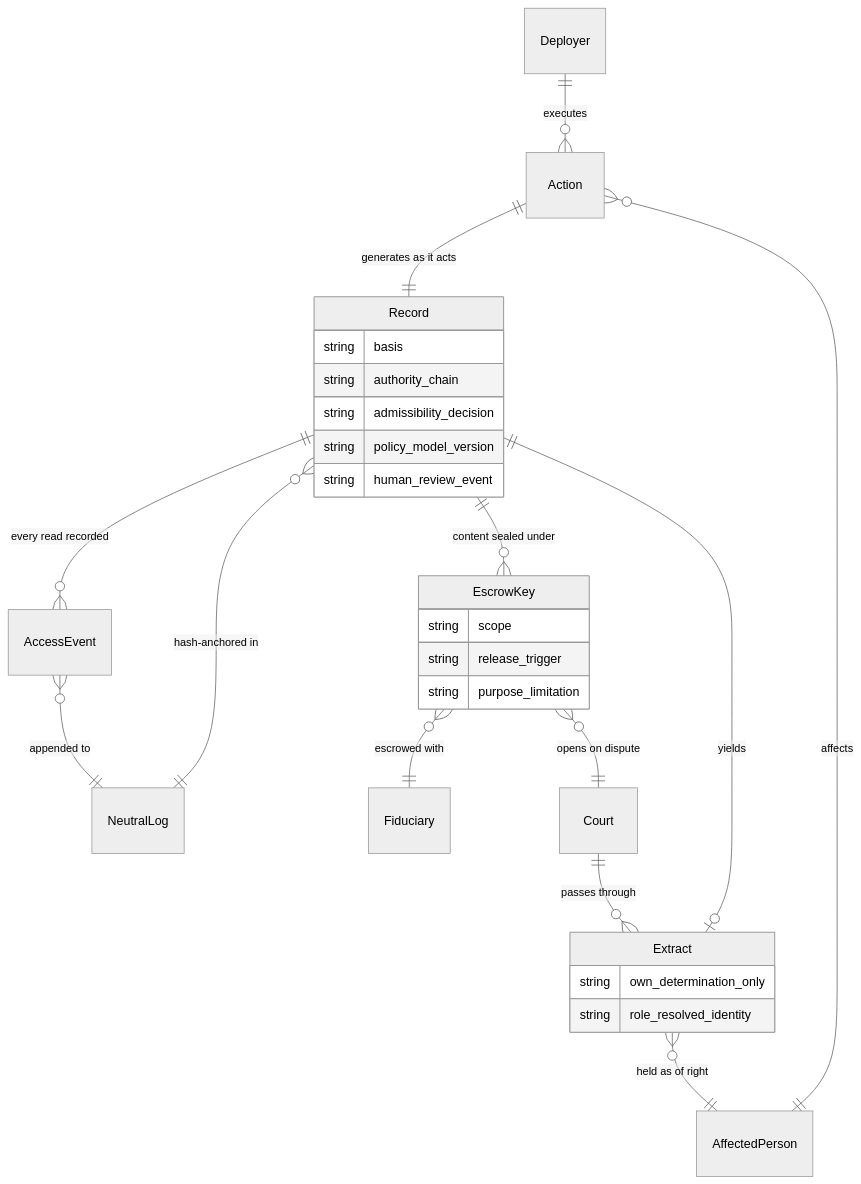
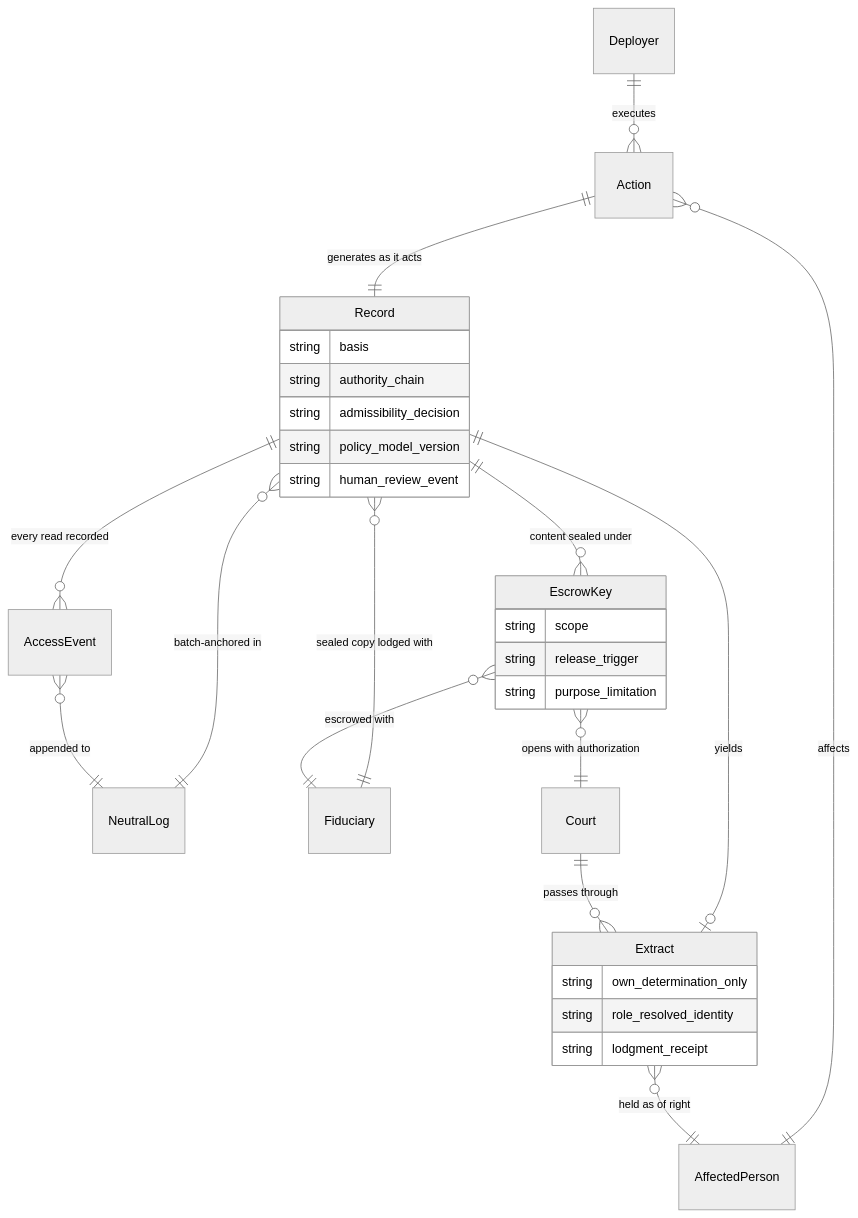
The diagram in docs/wip/split-custody-per-action-records.md (robertschaub/our-ai-charter), drawn with Mermaid (neutral theme) before and after one commit. The commit also changed other lines of this file and 1 other file, not shown here.

````diff
--- a/docs/wip/split-custody-per-action-records.md
+++ b/docs/wip/split-custody-per-action-records.md
@@ -32,32 +33,34 @@
 ```mermaid
 erDiagram
   Deployer ||--o{ Action : "executes"
   Action }o--|| AffectedPerson : "affects"
   Action ||--|| Record : "generates as it acts"
-  Record }o--|| NeutralLog : "hash-anchored in"
+  Record }o--|| NeutralLog : "batch-anchored in"
+  Record }o--|| Fiduciary : "sealed copy lodged with"
   Record ||--o| Extract : "yields"
   Extract }o--|| AffectedPerson : "held as of right"
   Record ||--o{ EscrowKey : "content sealed under"
   EscrowKey }o--|| Fiduciary : "escrowed with"
-  EscrowKey }o--|| Court : "opens on dispute"
+  EscrowKey }o--|| Court : "opens with authorization"
   Court ||--o{ Extract : "passes through"
   Record ||--o{ AccessEvent : "every read recorded"
   AccessEvent }o--|| NeutralLog : "appended to"
 
   Record {
     string basis
     string authority_chain
     string admissibility_decision
     string policy_model_version
     string human_review_event
   }
   Extract {
     string own_determination_only
     string role_resolved_identity
+    string lodgment_receipt
   }
   EscrowKey {
     string scope
     string release_trigger
     string purpose_limitation
   }
 ```
````
